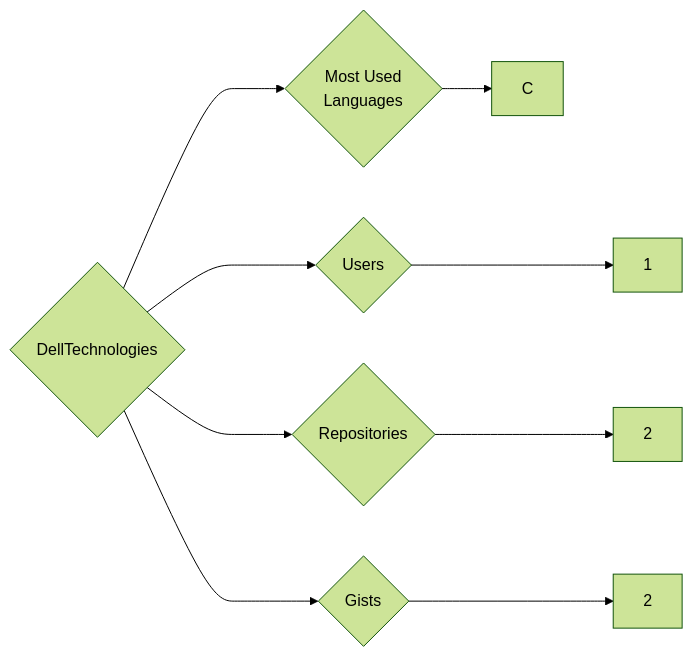
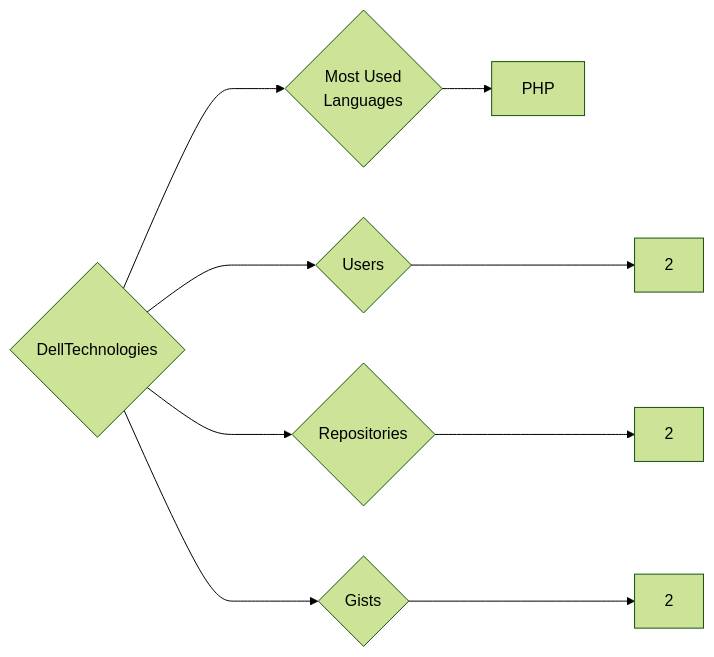
The diagram in targets/DellTechnologies/README.md (trickest/insiders), drawn with Mermaid (forest theme) before and after one commit. The commit also changed 857 other files, not shown here.

````diff
--- a/targets/DellTechnologies/README.md
+++ b/targets/DellTechnologies/README.md
@@ -3,9 +3,9 @@
 ```mermaid
 graph LR
 COMPANY_NAME{DellTechnologies}
-COMPANY_NAME ---> U{Users} ---> UN[1]
+COMPANY_NAME ---> U{Users} ---> UN[2]
 COMPANY_NAME ---> R{Repositories} ---> RN[2]
 COMPANY_NAME ---> G{Gists} ---> GN[2]
 COMPANY_NAME ---> ML{Most Used<br>Languages}
-ML --> C[C]
+ML --> PHP[PHP]
 ```
````
